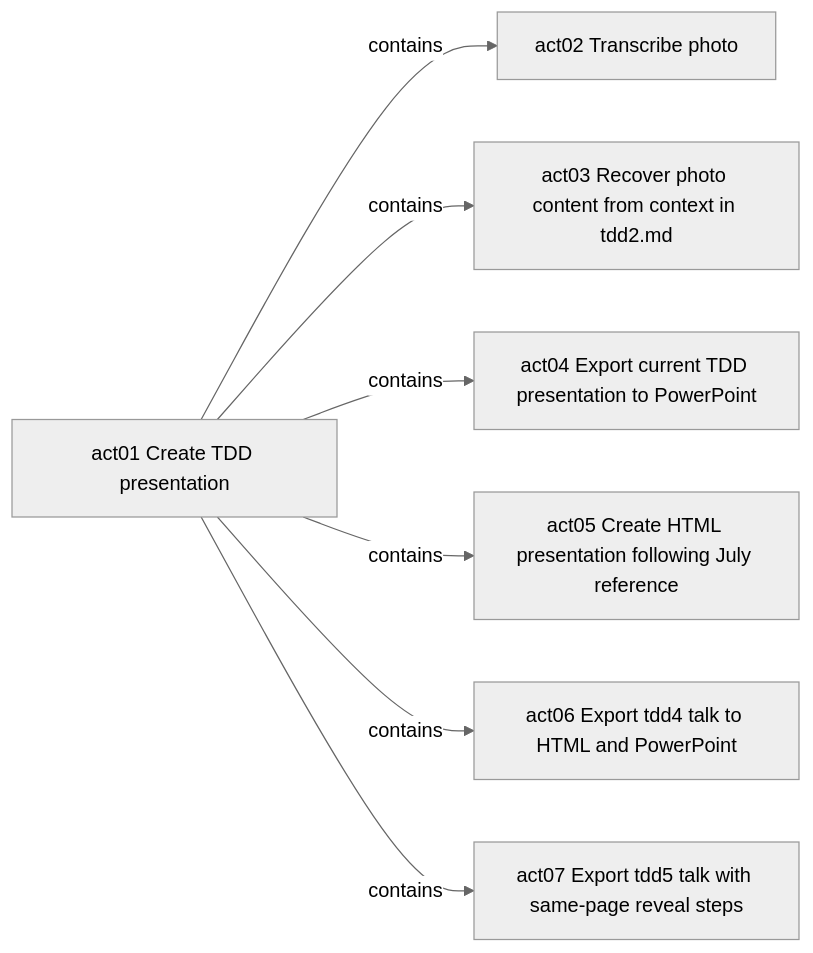
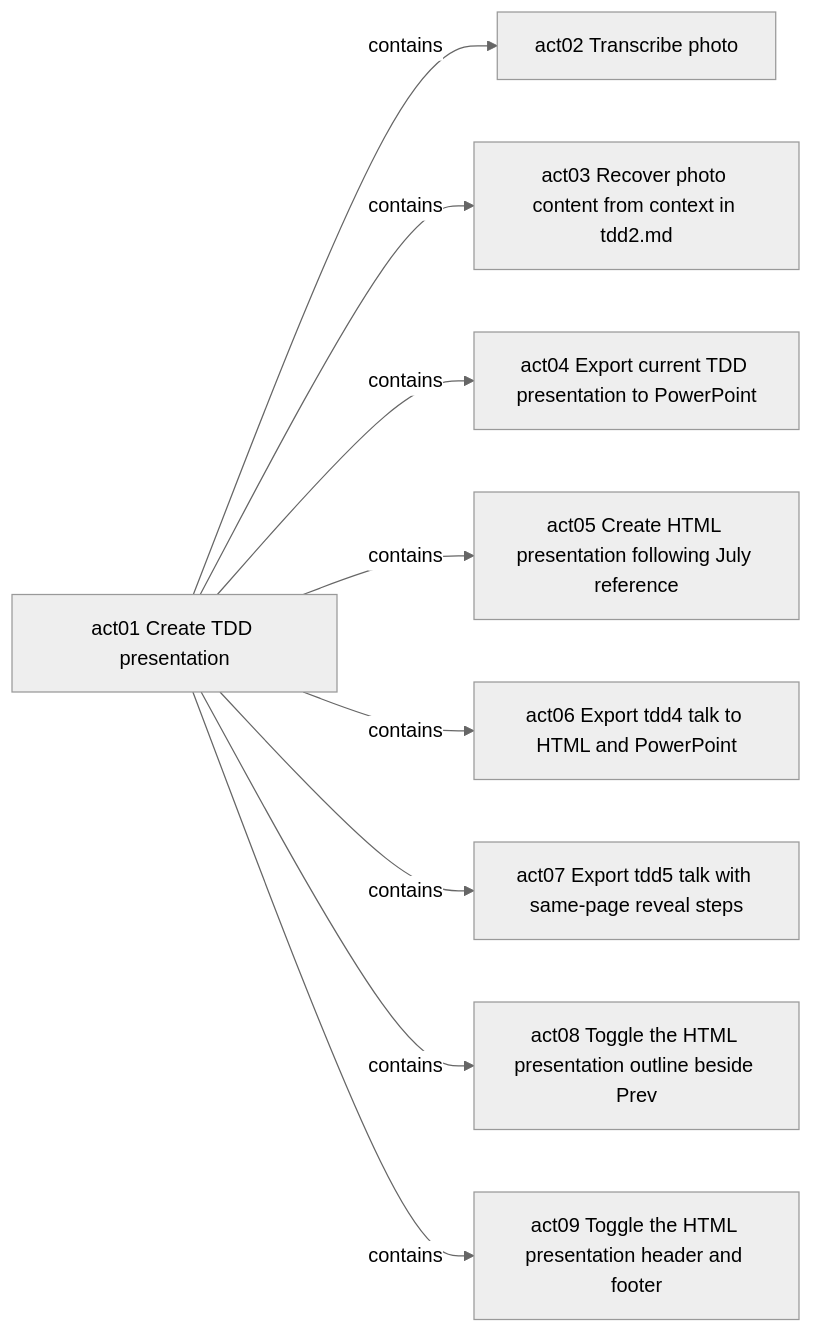
Before and after one commit to raisercostin/tdd-talk: the diagram in .act/acts.md, drawn with Mermaid (neutral theme). The commit also changed other lines of this file and 6 other files, not shown here.

````diff
--- a/.act/acts.md
+++ b/.act/acts.md
@@ -66,16 +79,20 @@
 ```mermaid
 flowchart LR
   act01["act01 Create TDD presentation"]
   act02["act02 Transcribe photo"]
   act03["act03 Recover photo content from context in tdd2.md"]
   act04["act04 Export current TDD presentation to PowerPoint"]
   act05["act05 Create HTML presentation following July reference"]
   act06["act06 Export tdd4 talk to HTML and PowerPoint"]
   act07["act07 Export tdd5 talk with same-page reveal steps"]
+  act08["act08 Toggle the HTML presentation outline beside Prev"]
+  act09["act09 Toggle the HTML presentation header and footer"]
   act01 -->|contains| act02
   act01 -->|contains| act03
   act01 -->|contains| act04
   act01 -->|contains| act05
   act01 -->|contains| act06
   act01 -->|contains| act07
+  act01 -->|contains| act08
+  act01 -->|contains| act09
 ```
````
